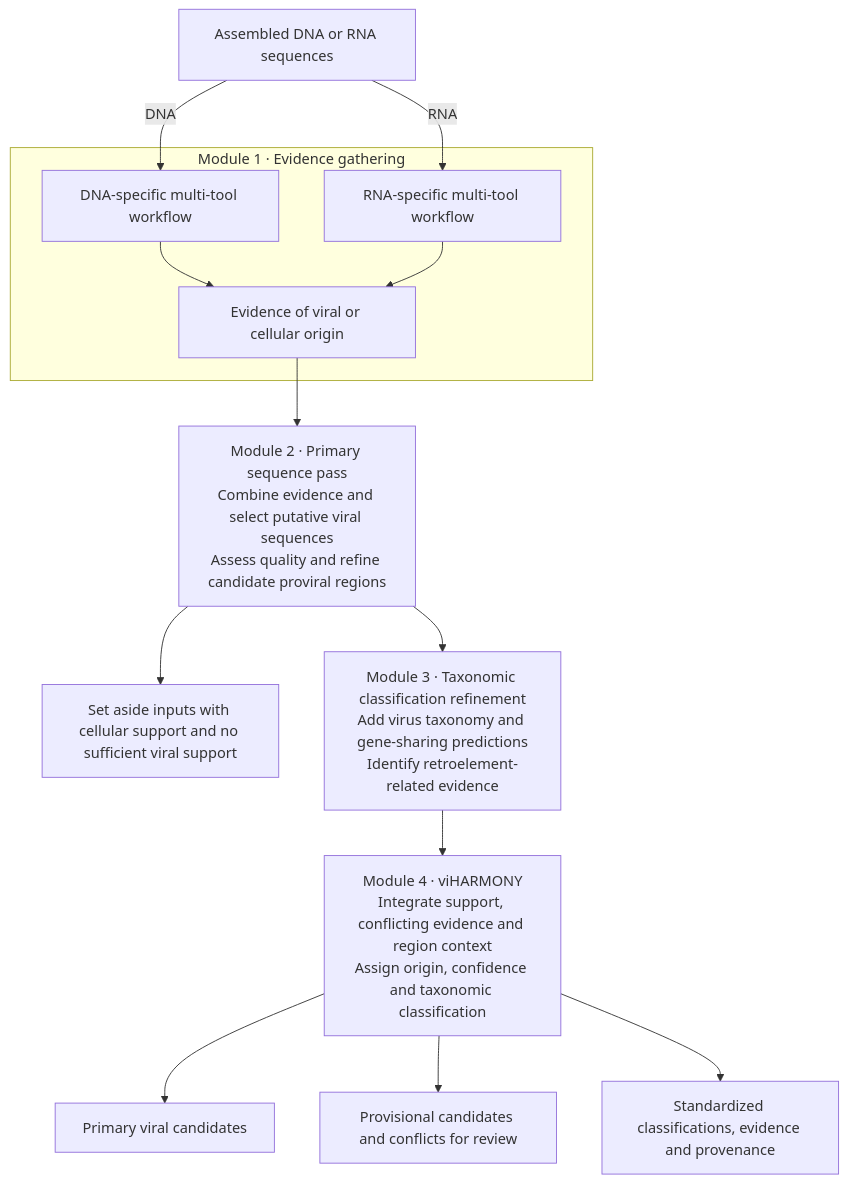
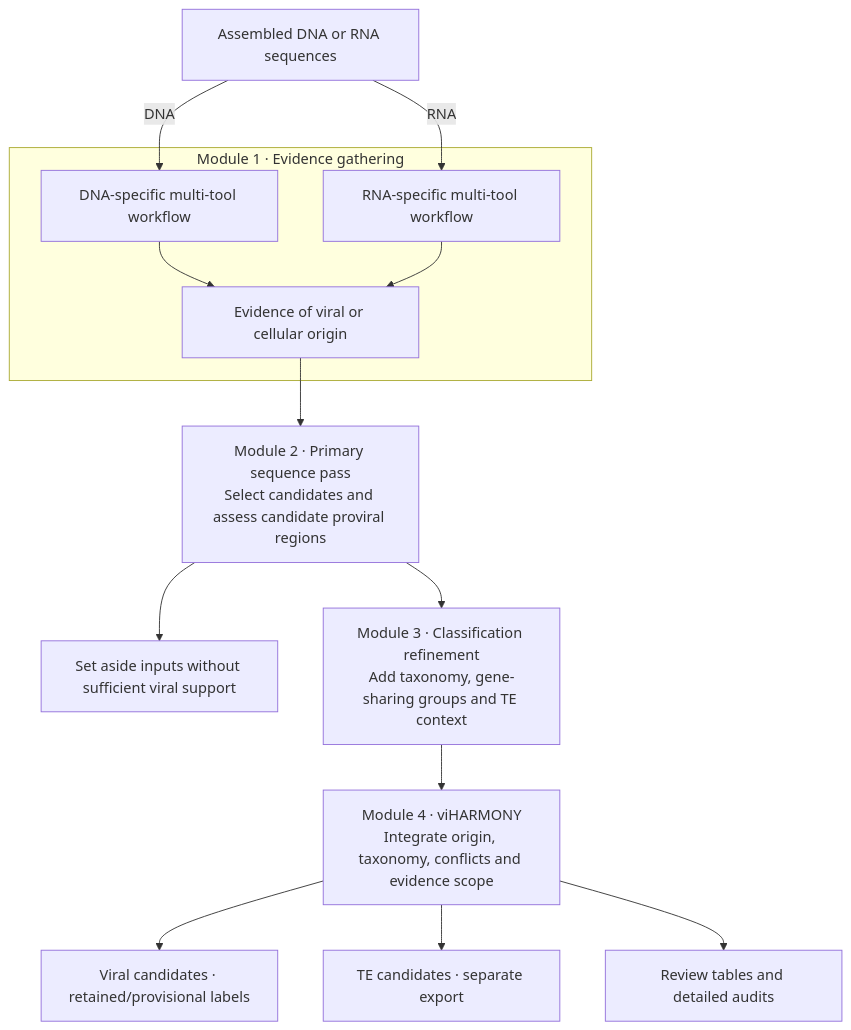
One commit to ViDaB-Lab/viSUM changed the diagram in README.md. Above: the diagram before and after it, drawn with Mermaid. The commit also changed other lines of this file and 327 other files, not shown here.

````diff
--- a/README.md
+++ b/README.md
@@ -30,20 +91,20 @@
 ```mermaid
 flowchart TD
     INPUT["Assembled DNA or RNA sequences"]
     subgraph M1["Module 1 · Evidence gathering"]
         DNA["DNA-specific multi-tool workflow"]
         RNA["RNA-specific multi-tool workflow"]
         EVIDENCE["Evidence of viral or cellular origin"]
         DNA --> EVIDENCE
         RNA --> EVIDENCE
     end
     INPUT -->|DNA| DNA
     INPUT -->|RNA| RNA
-    EVIDENCE --> M2["Module 2 · Primary sequence pass<br/>Combine evidence and select putative viral sequences<br/>Assess quality and refine candidate proviral regions"]
-    M2 --> ASIDE["Set aside inputs with cellular support and no sufficient viral support"]
-    M2 --> M3["Module 3 · Taxonomic classification refinement<br/>Add virus taxonomy and gene-sharing predictions<br/>Identify retroelement-related evidence"]
-    M3 --> M4["Module 4 · viHARMONY<br/>Integrate support, conflicting evidence and region context<br/>Assign origin, confidence and taxonomic classification"]
-    M4 --> PRIMARY["Primary viral candidates"]
-    M4 --> REVIEW["Provisional candidates and conflicts for review"]
-    M4 --> RECORDS["Standardized classifications, evidence and provenance"]
+    EVIDENCE --> M2["Module 2 · Primary sequence pass<br/>Select candidates and assess candidate proviral regions"]
+    M2 --> ASIDE["Set aside inputs without sufficient viral support"]
+    M2 --> M3["Module 3 · Classification refinement<br/>Add taxonomy, gene-sharing groups and TE context"]
+    M3 --> M4["Module 4 · viHARMONY<br/>Integrate origin, taxonomy, conflicts and evidence scope"]
+    M4 --> VIRAL["Viral candidates · retained/provisional labels"]
+    M4 --> TE["TE candidates · separate export"]
+    M4 --> REVIEW["Review tables and detailed audits"]
 ```
````
